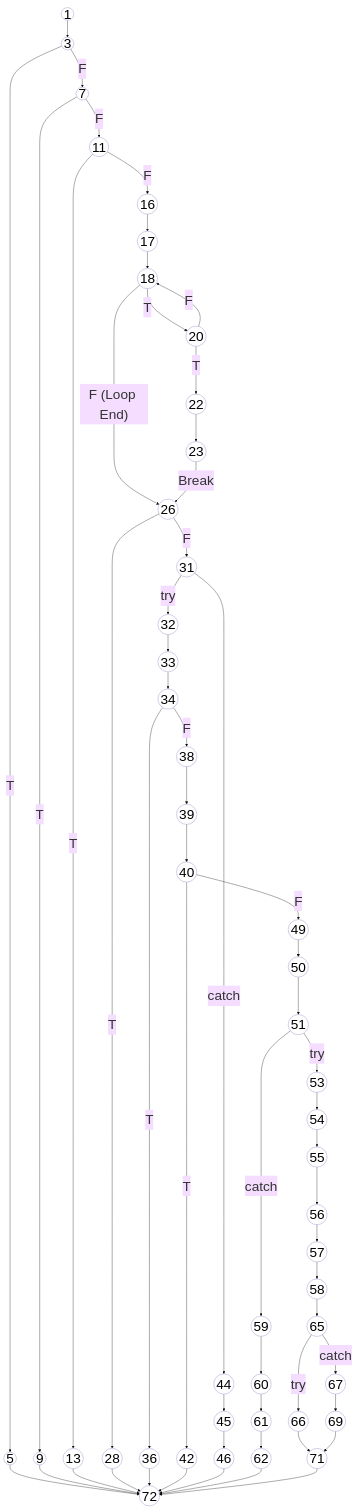
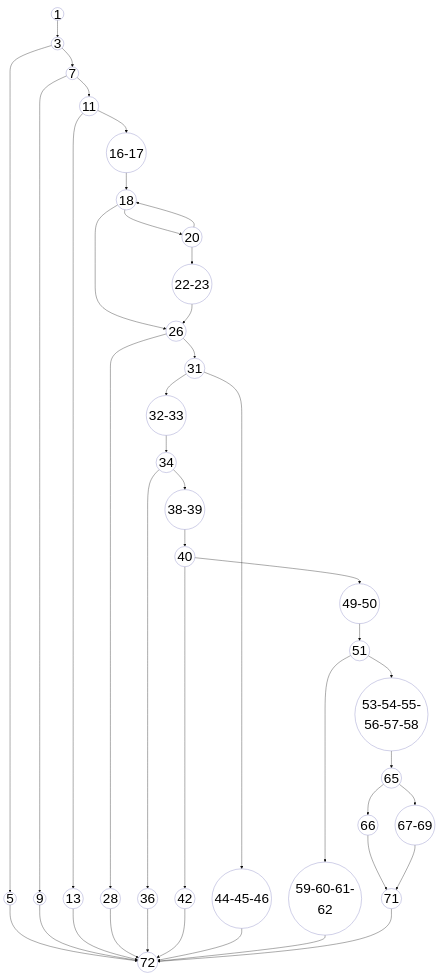
Before and after one commit to aryanhrc3428/Semester-5: the diagram in SE/ideathon/pseudocode/flowcharts/UC-03.mmd, drawn with Mermaid. The commit also changed 4 other files, not shown here.

Commit message:
flowgraph1-4

```diff
--- a/SE/ideathon/pseudocode/flowcharts/UC-03.mmd
+++ b/SE/ideathon/pseudocode/flowcharts/UC-03.mmd
@@ -1,94 +1,74 @@
 ---
 config:
   theme: base
   themeVariables:
     fontSize: '40px'
 ---
 graph TD
     %% Base styling matching the reference CFG style
     classDef default fill:none,stroke:#a3a3d1,stroke-width:1.5px,color:#000;
     
     1((1)) --> 3((3))
     
-    3 -- T --> 5((5))
-    3 -- F --> 7((7))
+    3 --> 5((5))
+    3 --> 7((7))
     
-    7 -- T --> 9((9))
-    7 -- F --> 11((11))
+    7 --> 9((9))
+    7 --> 11((11))
     
-    11 -- T --> 13((13))
-    11 -- F --> 16((16))
+    11 --> 13((13))
+    11 --> 16-17((16-17))
     
-    16 --> 17((17))
-    17 --> 18((18))
+    16-17 --> 18((18))
     
     %% Explicit Category Validation Loop
-    18 -- T --> 20((20))
-    18 -- F (Loop End) --> 26((26))
+    18 --> 20((20))
+    18 --> 26((26))
     
-    20 -- T --> 22((22))
-    20 -- F --> 18
+    20 --> 22-23((22-23))
+    20 --> 18
     
-    22 --> 23((23))
-    23 -- Break --> 26
+    22-23 --> 26
     
-    26 -- T --> 28((28))
-    26 -- F --> 31((31))
+    26 --> 28((28))
+    26 --> 31((31))
     
     %% Relational Integrity Checks
-    31 -- try --> 32((32))
-    31 -- catch --> 44((44))
+    31 --> 32-33((32-33))
+    31 --> 44-45-46((44-45-46))
     
-    32 --> 33((33))
-    33 --> 34((34))
+    32-33 --> 34((34))
     
-    34 -- T --> 36((36))
-    34 -- F --> 38((38))
+    34 --> 36((36))
+    34 --> 38-39((38-39))
     
-    38 --> 39((39))
-    39 --> 40((40))
+    38-39 --> 40((40))
     
-    40 -- T --> 42((42))
-    40 -- F --> 49((49))
+    40 --> 42((42))
+    40 --> 49-50((49-50))
     
-    44 --> 45((45))
-    45 --> 46((46))
+    49-50 --> 51((51))
     
-    %% Secure Database Transaction
-    49 --> 50((50))
-    50 --> 51((51))
+    51 --> 53-54-55-56-57-58((53-54-55-56-57-58))
+    51 --> 59-60-61-62((59-60-61-62))
     
-    51 -- try --> 53((53))
-    51 -- catch --> 59((59))
-    
-    53 --> 54((54))
-    54 --> 55((55))
-    55 --> 56((56))
-    56 --> 57((57))
-    57 --> 58((58))
-    
-    58 --> 65((65))
-    
-    59 --> 60((60))
-    60 --> 61((61))
-    61 --> 62((62))
+    53-54-55-56-57-58 --> 65((65))
     
     %% Fire-and-Forget Notification
-    65 -- try --> 66((66))
-    65 -- catch --> 67((67))
+    65 --> 66((66))
+    65 --> 67-69((67-69))
     
     66 --> 71((71))
     
-    67 --> 69((69))
-    69 --> 71
+    67-69 --> 71
     
     %% Terminal error returns and catches syncing to the final end node (72)
     5 --> 72((72))
     9 --> 72
     13 --> 72
     28 --> 72
     36 --> 72
     42 --> 72
-    46 --> 72
-    62 --> 72
+    44-45-46 --> 72
+    59-60-61-62 --> 72
     71 --> 72
```
